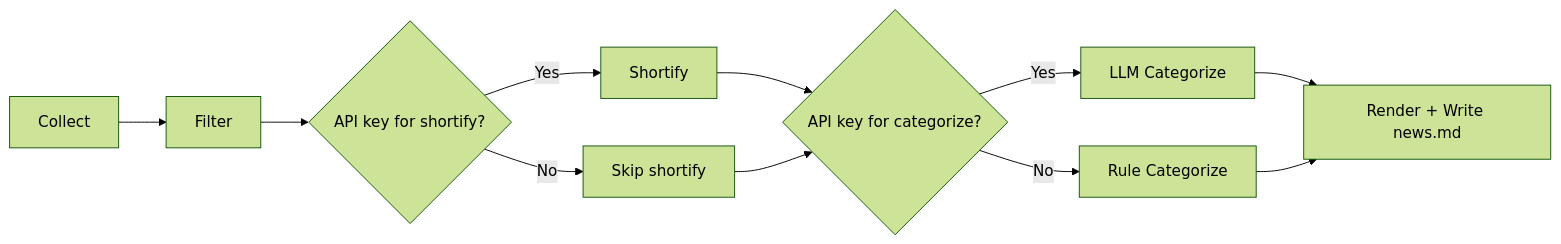
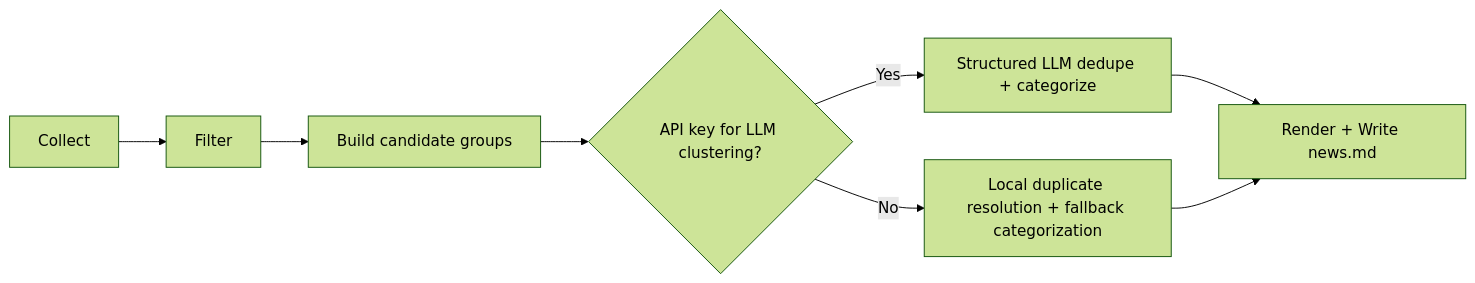
The second of 2 diagrams in README.md (nickzren/ai-news-agent), drawn with Mermaid (forest theme) before and after one commit. The commit also changed other lines of this file and 7 other files, not shown here.

Commit message:
refactor(pipeline): improve dedupe flow and feed resilience

````diff
--- a/README.md
+++ b/README.md
@@ -62,13 +59,10 @@
 ```mermaid
 flowchart LR
     C[Collect] --> F[Filter]
-    F --> K1{API key for shortify?}
-    K1 -- Yes --> S[Shortify]
-    K1 -- No --> N1[Skip shortify]
-    S --> K2{API key for categorize?}
-    N1 --> K2
-    K2 -- Yes --> L[LLM Categorize]
-    K2 -- No --> R[Rule Categorize]
+    F --> G[Build candidate groups]
+    G --> K1{API key for LLM clustering?}
+    K1 -- Yes --> L[Structured LLM dedupe + categorize]
+    K1 -- No --> R[Local duplicate resolution + fallback categorization]
     L --> W[Render + Write news.md]
     R --> W
 ```
````
